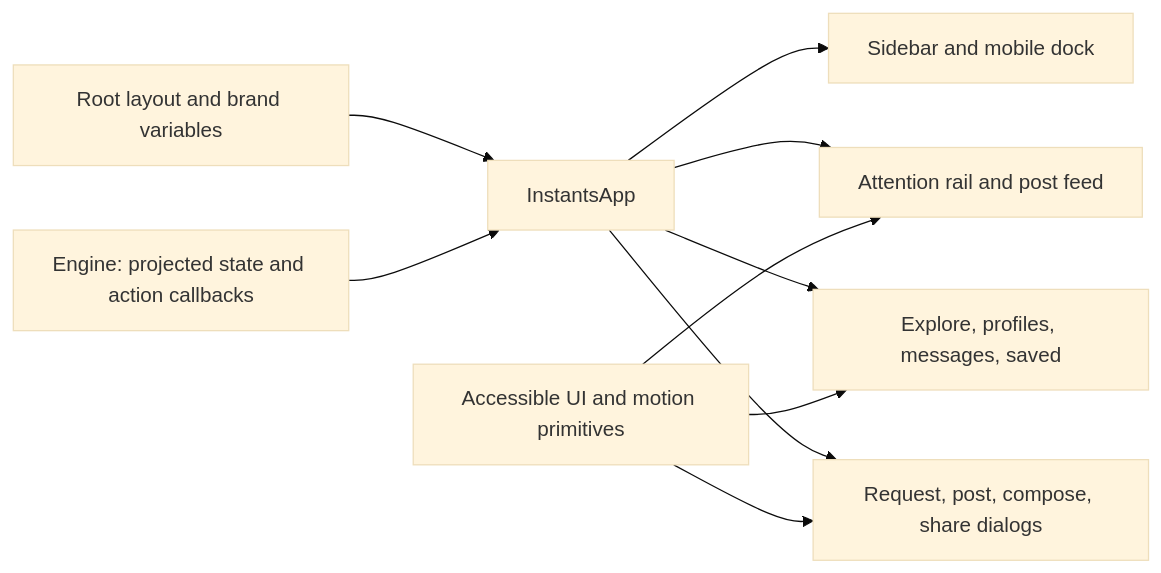
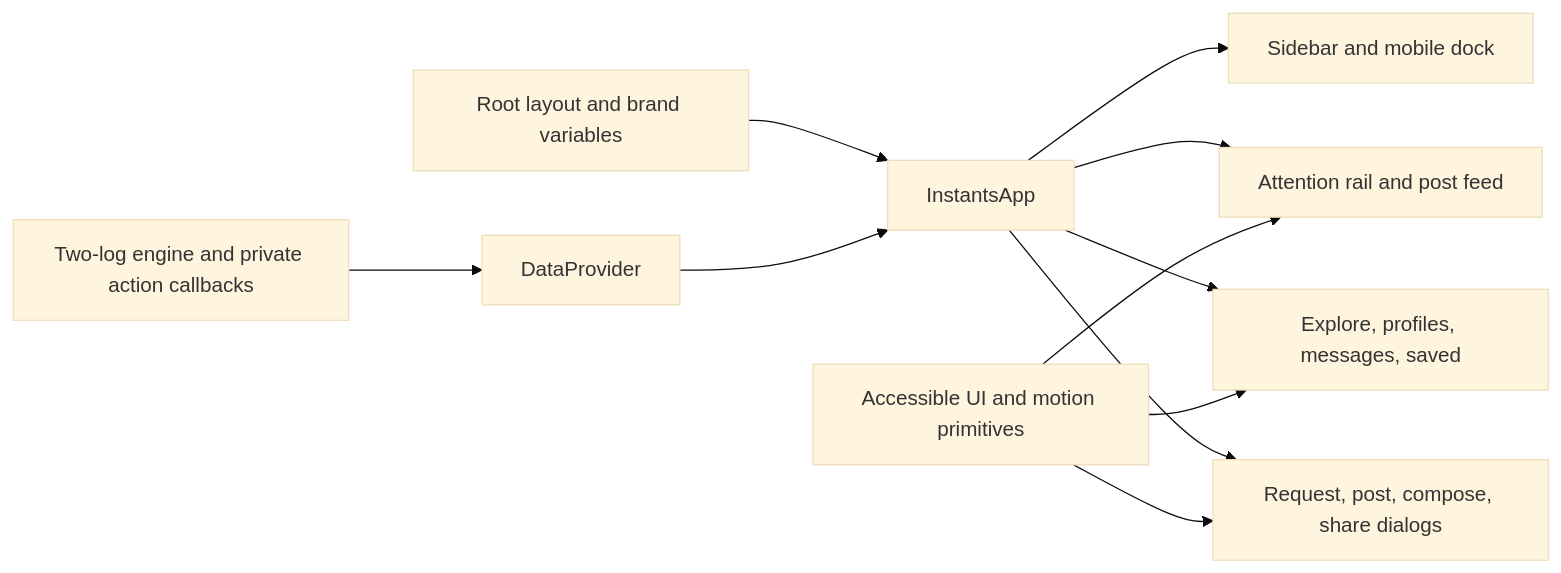
One commit to quirq-ai/instants changed the second of 2 diagrams in docs/ui.md. Above: the diagram before and after it, drawn with Mermaid (base theme). The commit also changed other lines of this file and 47 other files, not shown here.

Commit message:
Implement two-log agent timeline and private activity engine

````diff
--- a/docs/ui.md
+++ b/docs/ui.md
@@ -37,12 +38,13 @@
 ```mermaid
 flowchart LR
     layout["Root layout and brand variables"] --> app["InstantsApp"]
     app --> navigation["Sidebar and mobile dock"]
     app --> home["Attention rail and post feed"]
     app --> views["Explore, profiles, messages, saved"]
     app --> overlays["Request, post, compose, share dialogs"]
-    engine["Engine: projected state and action callbacks"] --> app
+    engine["Two-log engine and private action callbacks"] --> provider["DataProvider"]
+    provider --> app
     primitives["Accessible UI and motion primitives"] --> home
     primitives --> views
     primitives --> overlays
 ```
````
